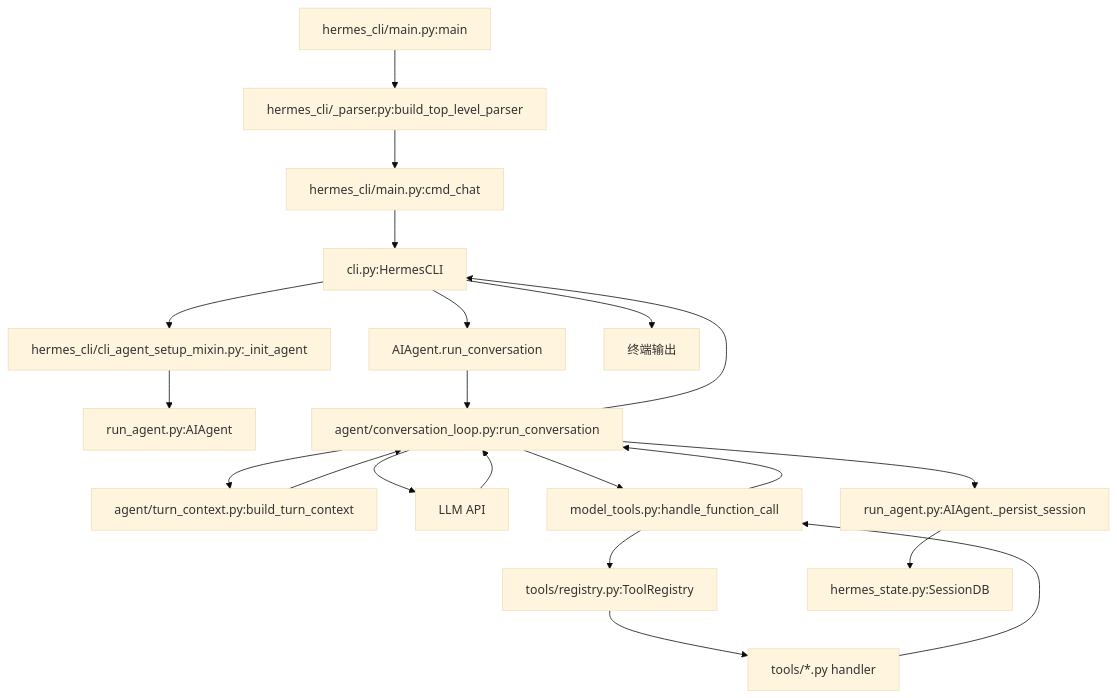
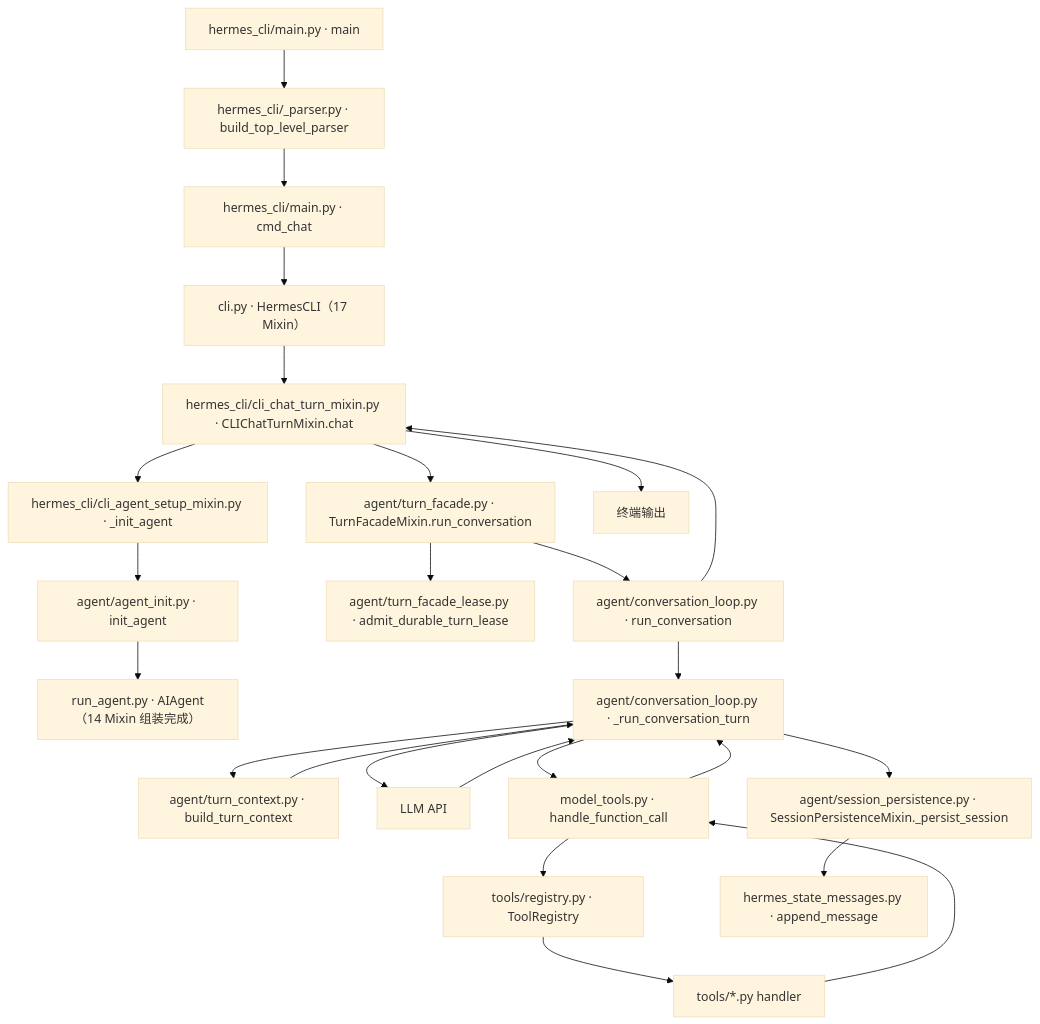
The first of 2 diagrams in docs/sourceReader/03-详细逐步说明-主链路拆解.md (adrian9778/hermes-agent), drawn with Mermaid (base theme) before and after one commit. The commit also changed other lines of this file and 22 other files, not shown here.

````diff
--- a/docs/sourceReader/03-详细逐步说明-主链路拆解.md
+++ b/docs/sourceReader/03-详细逐步说明-主链路拆解.md
@@ -24,23 +27,27 @@
 ```mermaid
 flowchart TD
-    A[hermes_cli/main.py:main] --> B[hermes_cli/_parser.py:build_top_level_parser]
-    B --> C[hermes_cli/main.py:cmd_chat]
-    C --> D[cli.py:HermesCLI]
-    D --> E[hermes_cli/cli_agent_setup_mixin.py:_init_agent]
-    E --> F[run_agent.py:AIAgent]
-    D --> G[AIAgent.run_conversation]
-    G --> H[agent/conversation_loop.py:run_conversation]
-    H --> I[agent/turn_context.py:build_turn_context]
-    I --> H
-    H --> J[LLM API]
-    J --> H
-    H --> K[model_tools.py:handle_function_call]
-    K --> L[tools/registry.py:ToolRegistry]
-    L --> M[tools/*.py handler]
-    M --> K
-    K --> H
-    H --> N[run_agent.py:AIAgent._persist_session]
-    N --> O[hermes_state.py:SessionDB]
-    H --> D
-    D --> P[终端输出]
+    A[hermes_cli/main.py · main] --> B[hermes_cli/_parser.py · build_top_level_parser]
+    B --> C[hermes_cli/main.py · cmd_chat]
+    C --> D[cli.py · HermesCLI（17 Mixin）]
+    D --> E[hermes_cli/cli_chat_turn_mixin.py · CLIChatTurnMixin.chat]
+    E --> F[hermes_cli/cli_agent_setup_mixin.py · _init_agent]
+    F --> G[agent/agent_init.py · init_agent]
+    G --> H[run_agent.py · AIAgent（14 Mixin 组装完成）]
+    E --> I[agent/turn_facade.py · TurnFacadeMixin.run_conversation]
+    I --> J[agent/turn_facade_lease.py · admit_durable_turn_lease]
+    I --> K[agent/conversation_loop.py · run_conversation]
+    K --> L[agent/conversation_loop.py · _run_conversation_turn]
+    L --> M[agent/turn_context.py · build_turn_context]
+    M --> L
+    L --> N[LLM API]
+    N --> L
+    L --> O[model_tools.py · handle_function_call]
+    O --> P[tools/registry.py · ToolRegistry]
+    P --> Q[tools/*.py handler]
+    Q --> O
+    O --> L
+    L --> R[agent/session_persistence.py · SessionPersistenceMixin._persist_session]
+    R --> S[hermes_state_messages.py · append_message]
+    K --> E
+    E --> T[终端输出]
 ```
````
